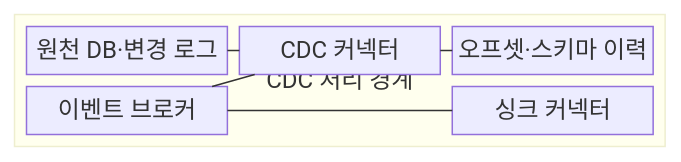
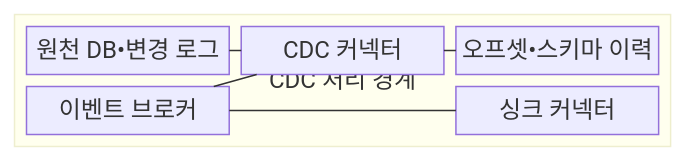
One commit to agnusdei1207/knowledge-base changed the first of 2 diagrams in src/content/docs/notes/03-software/123_change_data_capture.md. Above: the diagram before and after it, drawn with Mermaid. The commit also changed other lines of this file and 953 other files, not shown here.

````diff
--- a/src/content/docs/notes/03-software/123_change_data_capture.md
+++ b/src/content/docs/notes/03-software/123_change_data_capture.md
@@ -67,17 +67,17 @@
 ```mermaid
 block
     columns 1
     block:CDC["CDC 처리 경계"]
         columns 3
-        D["원천 DB·변경 로그"]
+        D["원천 DB•변경 로그"]
         C["CDC 커넥터"]
-        O["오프셋·스키마 이력"]
+        O["오프셋•스키마 이력"]
         B["이벤트 브로커"]
         space
         S["싱크 커넥터"]
     end
     D --- C
     C --- O
     C --- B
     B --- S
 ```
````
